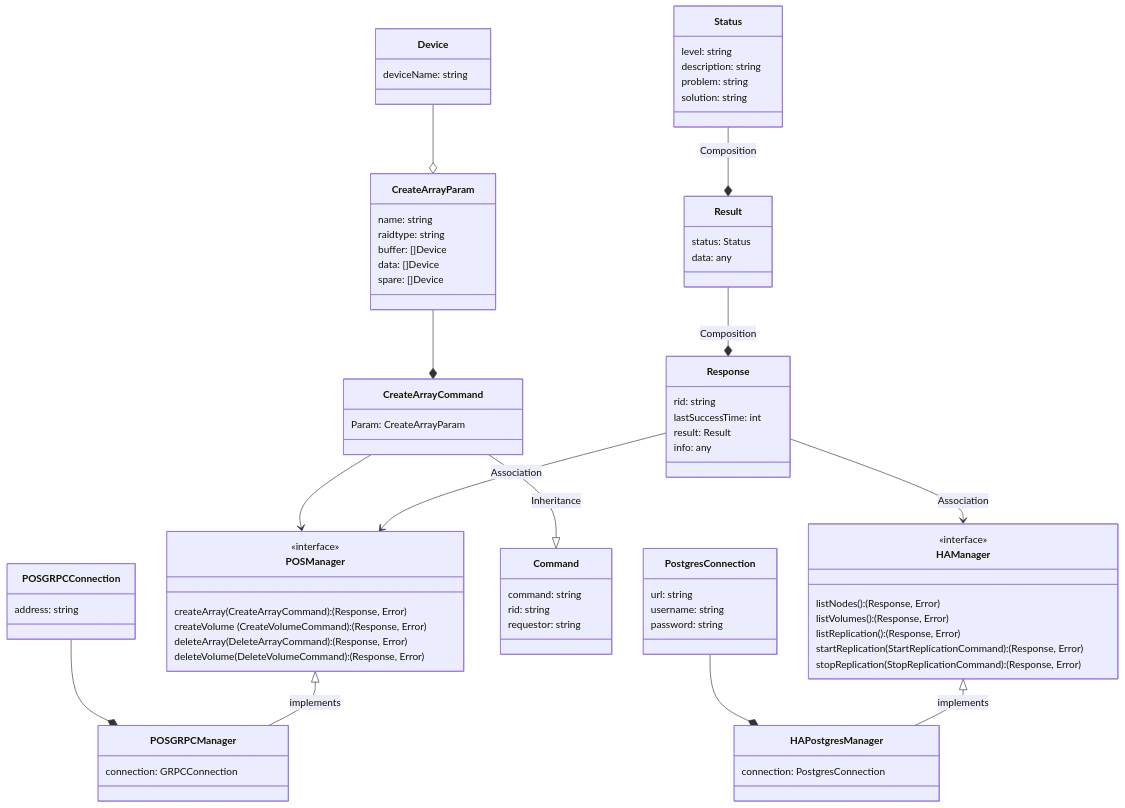
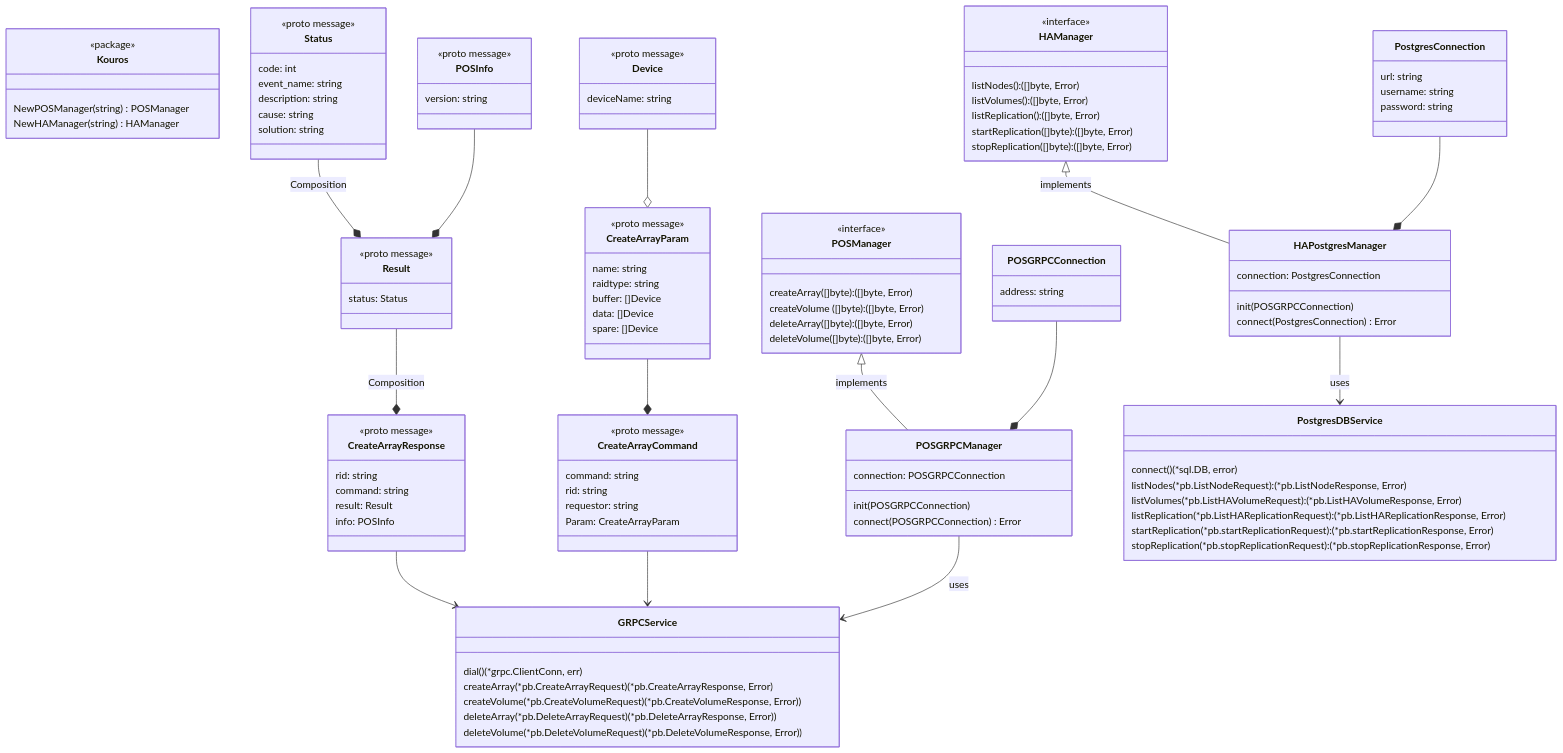
Before and after one commit to poseidonos/poseidonos: the diagram in doc/designs/kuoros_class_diagram.md, drawn with Mermaid. The commit also changed other lines of this file, not shown here.

Commit message:
Changed Class Diagram to accept and Return JSON data NewPOSManager and NewHAManager functions added so that it can help in the easier extension to other protocols

````diff
--- a/doc/designs/kuoros_class_diagram.md
+++ b/doc/designs/kuoros_class_diagram.md
@@ -1,52 +1,68 @@
 ```mermaid
 classDiagram
+    class Kouros {
+        <<package>>
+        NewPOSManager(string) POSManager
+        NewHAManager(string) HAManager
+    }
     class POSManager {
         <<interface>>
-        createArray(CreateArrayCommand): (Response, Error)
-        createVolume (CreateVolumeCommand): (Response, Error)
-        deleteArray(DeleteArrayCommand): (Response, Error)
-        deleteVolume(DeleteVolumeCommand): (Response, Error)
+        createArray([]byte): ([]byte, Error)
+        createVolume ([]byte): ([]byte, Error)
+        deleteArray([]byte): ([]byte, Error)
+        deleteVolume([]byte): ([]byte, Error)
     }
     class HAManager {
         <<interface>>
-        listNodes(): (Response, Error)
-        listVolumes(): (Response, Error)
-        listReplication(): (Response, Error)
-        startReplication(StartReplicationCommand): (Response, Error)
-        stopReplication(StopReplicationCommand): (Response, Error)
+        listNodes(): ([]byte, Error)
+        listVolumes(): ([]byte, Error)
+        listReplication(): ([]byte, Error)
+        startReplication([]byte): ([]byte, Error)
+        stopReplication([]byte): ([]byte, Error)
     }
     class POSGRPCManager {
-        connection: GRPCConnection
+        connection: POSGRPCConnection
+        init(POSGRPCConnection)
+        connect(POSGRPCConnection) Error
     }
 
     class HAPostgresManager {
         connection: PostgresConnection
+        init(POSGRPCConnection)
+        connect(PostgresConnection) Error
     }
-    class Response {
+    class CreateArrayResponse {
+        <<proto message>>
         rid: string
-        lastSuccessTime: int
+        command: string
         result: Result
-        info: any
+        info: POSInfo
     }
     class Result {
+        <<proto message>>
         status: Status
-        data: any
+    }
+    class POSInfo {
+        <<proto message>>
+        version: string
     }
     class Status {
-        level: string
+        <<proto message>>
+        code: int
+        event_name: string
         description: string
-        problem: string
+        cause: string
         solution: string
     }
-    class Command {
+    class CreateArrayCommand {
+        <<proto message>>
         command: string
         rid: string
         requestor: string
-    }
-    class CreateArrayCommand {
         Param: CreateArrayParam
     }
     class CreateArrayParam {
+        <<proto message>>
         name: string
         raidtype: string
         buffer: []Device
@@ -54,6 +70,7 @@
         spare: []Device
     }
     class Device {
+        <<proto message>>
         deviceName: string
     }
     class POSGRPCConnection {
@@ -65,17 +82,38 @@
         password: string
     }
 
+
+
+    class GRPCService {
+        dial() (*grpc.ClientConn, err)
+        createArray(*pb.CreateArrayRequest) (*pb.CreateArrayResponse, Error)
+        createVolume(*pb.CreateVolumeRequest) (*pb.CreateVolumeResponse, Error))
+        deleteArray(*pb.DeleteArrayRequest) (*pb.DeleteArrayResponse, Error))
+        deleteVolume(*pb.DeleteVolumeRequest) (*pb.DeleteVolumeResponse, Error))
+    }
+
+    class PostgresDBService {
+        connect() (*sql.DB, error)
+        listNodes(*pb.ListNodeRequest): (*pb.ListNodeResponse, Error)
+        listVolumes(*pb.ListHAVolumeRequest): (*pb.ListHAVolumeResponse, Error)
+        listReplication(*pb.ListHAReplicationRequest): (*pb.ListHAReplicationResponse, Error)
+        startReplication(*pb.startReplicationRequest): (*pb.startReplicationResponse, Error)
+        stopReplication(*pb.stopReplicationRequest): (*pb.stopReplicationResponse, Error)
+    }
+
+
+
     POSManager <|-- POSGRPCManager : implements
     HAManager <|-- HAPostgresManager : implements
     Status --* Result : Composition
-    Result --* Response : Composition
-    Response --> POSManager : Association
-    Response --> HAManager : Association
+    Result --* CreateArrayResponse : Composition
+    CreateArrayResponse --> GRPCService
     Device --o CreateArrayParam
-    CreateArrayParam --* CreateArrayCommand 
-    CreateArrayCommand --|> Command : Inheritance
-    CreateArrayCommand -->POSManager
+    CreateArrayParam --* CreateArrayCommand
+    POSInfo --* Result
+    CreateArrayCommand --> GRPCService
     POSGRPCConnection --* POSGRPCManager
     PostgresConnection --* HAPostgresManager
-
+    POSGRPCManager --> GRPCService : uses
+    HAPostgresManager --> PostgresDBService : uses
 ```
````
